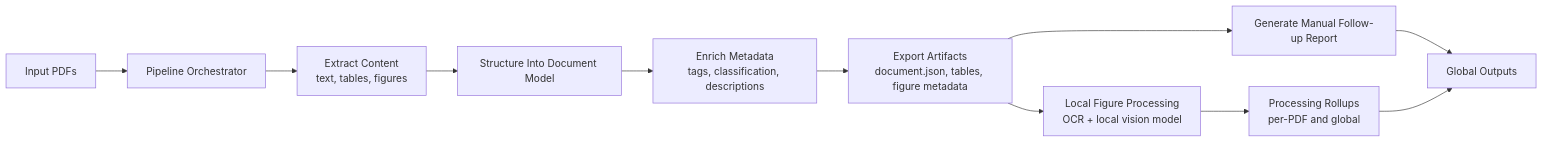
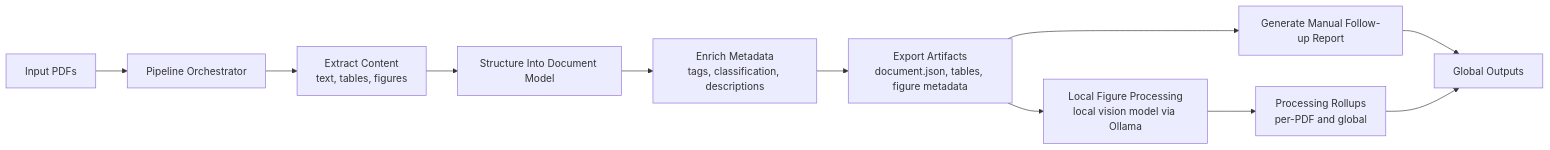
The first of 3 diagrams in docs/architecture.md (amahpour/datasheet-extractor), drawn with Mermaid before and after one commit. The commit also changed other lines of this file and 9 other files, not shown here.

````diff
--- a/docs/architecture.md
+++ b/docs/architecture.md
@@ -5,13 +5,13 @@
 ```mermaid
 flowchart LR
   A[Input PDFs] --> B[Pipeline Orchestrator]
   B --> C[Extract Content<br/>text, tables, figures]
   C --> D[Structure Into Document Model]
   D --> E[Enrich Metadata<br/>tags, classification, descriptions]
   E --> F[Export Artifacts<br/>document.json, tables, figure metadata]
   F --> G[Generate Manual Follow-up Report]
-  F --> H[Local Figure Processing<br/>OCR + local vision model]
+  F --> H[Local Figure Processing<br/>local vision model via Ollama]
   H --> I[Processing Rollups<br/>per-PDF and global]
   G --> J[Global Outputs]
   I --> J[Global Outputs]
 ```
````
